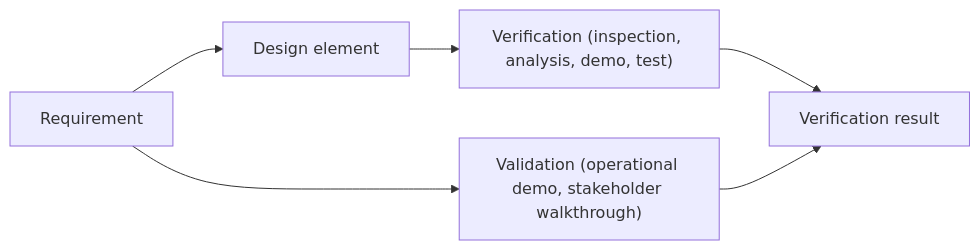
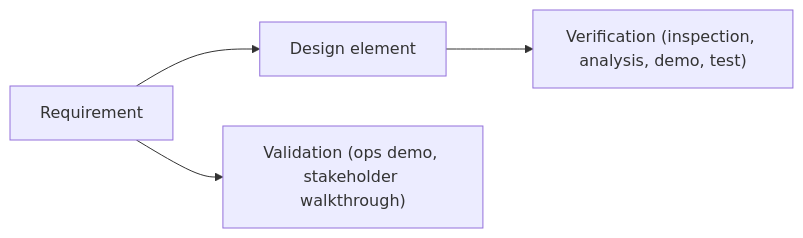
One commit to TomRathbun/ciss_se_capstone changed the diagram in content/modules/se-07-vv-trace.md. Above: the diagram before and after it, drawn with Mermaid. The commit also changed other lines of this file and 22 other files, not shown here.

````diff
--- a/content/modules/se-07-vv-trace.md
+++ b/content/modules/se-07-vv-trace.md
@@ -22,8 +23,6 @@
 ```mermaid
 graph LR
     R[Requirement] --> D[Design element]
     D --> V["Verification (inspection, analysis, demo, test)"]
-    V --> VResult[Verification result]
-    R --> VLD["Validation (operational demo, stakeholder walkthrough)"]
-    VLD --> VResult
+    R --> VLD["Validation (ops demo, stakeholder walkthrough)"]
 ```
````
